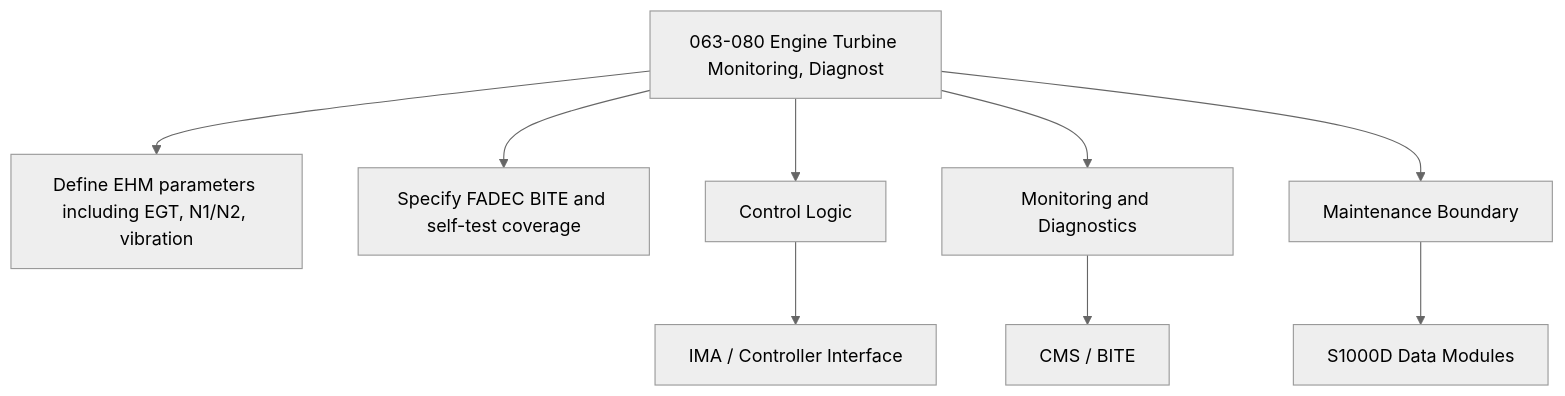
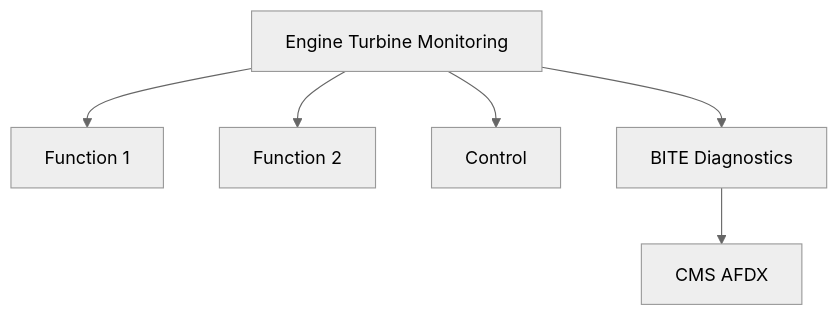
The second of 2 diagrams in Q+ATLANTIDE/000-099_ATLAS/060-069_Propulsion-Tradicional/063_Engine-Turbine/063-080-Engine-Turbine-Monitoring-Diagnostics-and-Control-Interfaces.md (AmedeoPelliccia/Qplus-For-All-Queer-People-and-Quantum), drawn with Mermaid (neutral theme) before and after one commit. The commit also changed other lines of this file and 74 other files, not shown here.

````diff
--- a/Q+ATLANTIDE/000-099_ATLAS/060-069_Propulsion-Tradicional/063_Engine-Turbine/063-080-Engine-Turbine-Monitoring-Diagnostics-and-Control-Interfaces.md
+++ b/Q+ATLANTIDE/000-099_ATLAS/060-069_Propulsion-Tradicional/063_Engine-Turbine/063-080-Engine-Turbine-Monitoring-Diagnostics-and-Control-Interfaces.md
@@ -172,11 +96,8 @@
 ```mermaid
 flowchart TB
-    SYS[063-080 Engine Turbine Monitoring, Diagnost] --> F1[Define EHM parameters including EGT, N1/N2, vibration]
-    SYS --> F2[Specify FADEC BITE and self-test coverage]
-    SYS --> CTRL[Control Logic]
-    SYS --> MON[Monitoring and Diagnostics]
-    SYS --> MAINT[Maintenance Boundary]
-    CTRL --> IMA[IMA / Controller Interface]
-    MON --> CMS[CMS / BITE]
-    MAINT --> CSDB[S1000D Data Modules]
+    SYS[Engine Turbine Monitoring] --> F1[Function 1]
+    SYS --> F2[Function 2]
+    SYS --> CTRL[Control]
+    SYS --> MON[BITE Diagnostics]
+    MON --> CMS[CMS AFDX]
 ```
````
